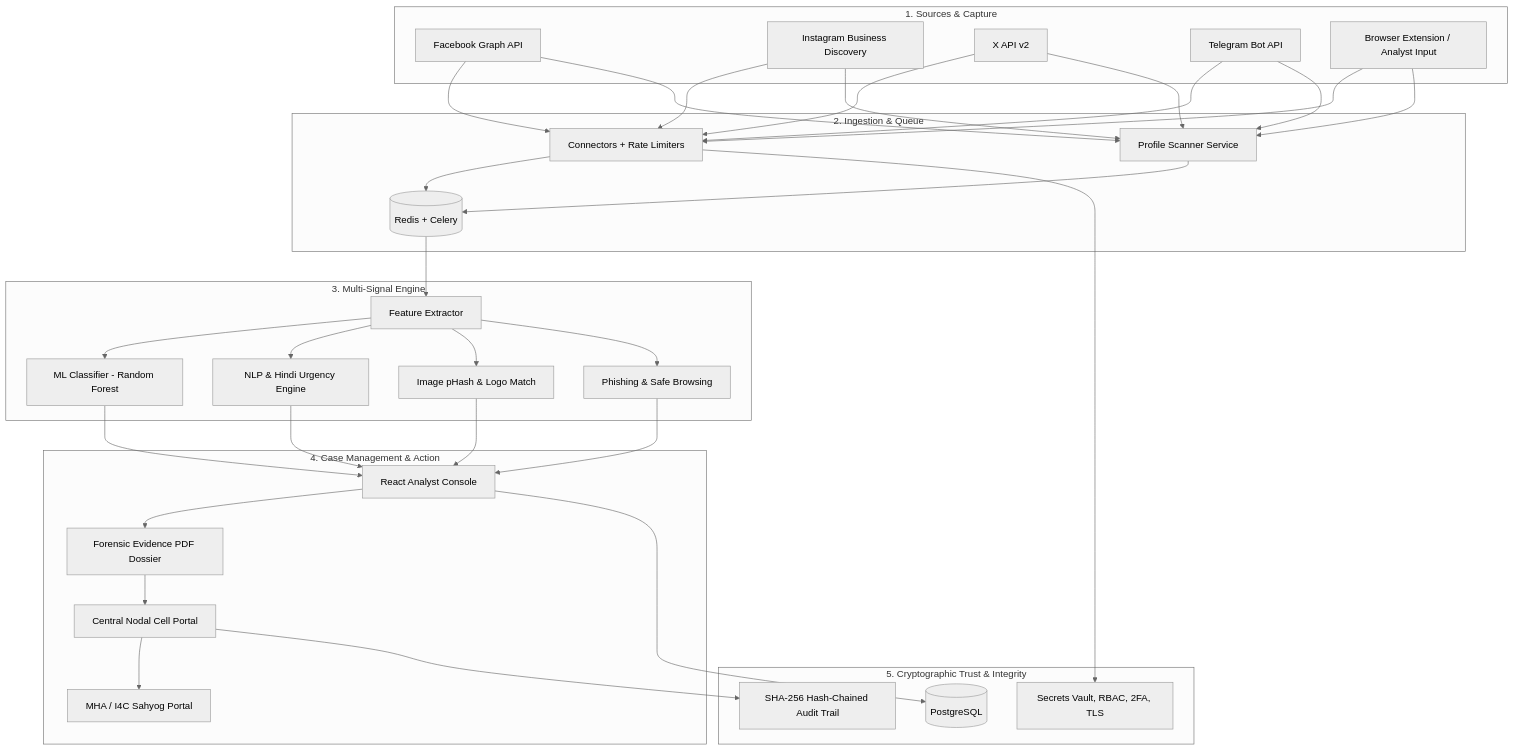
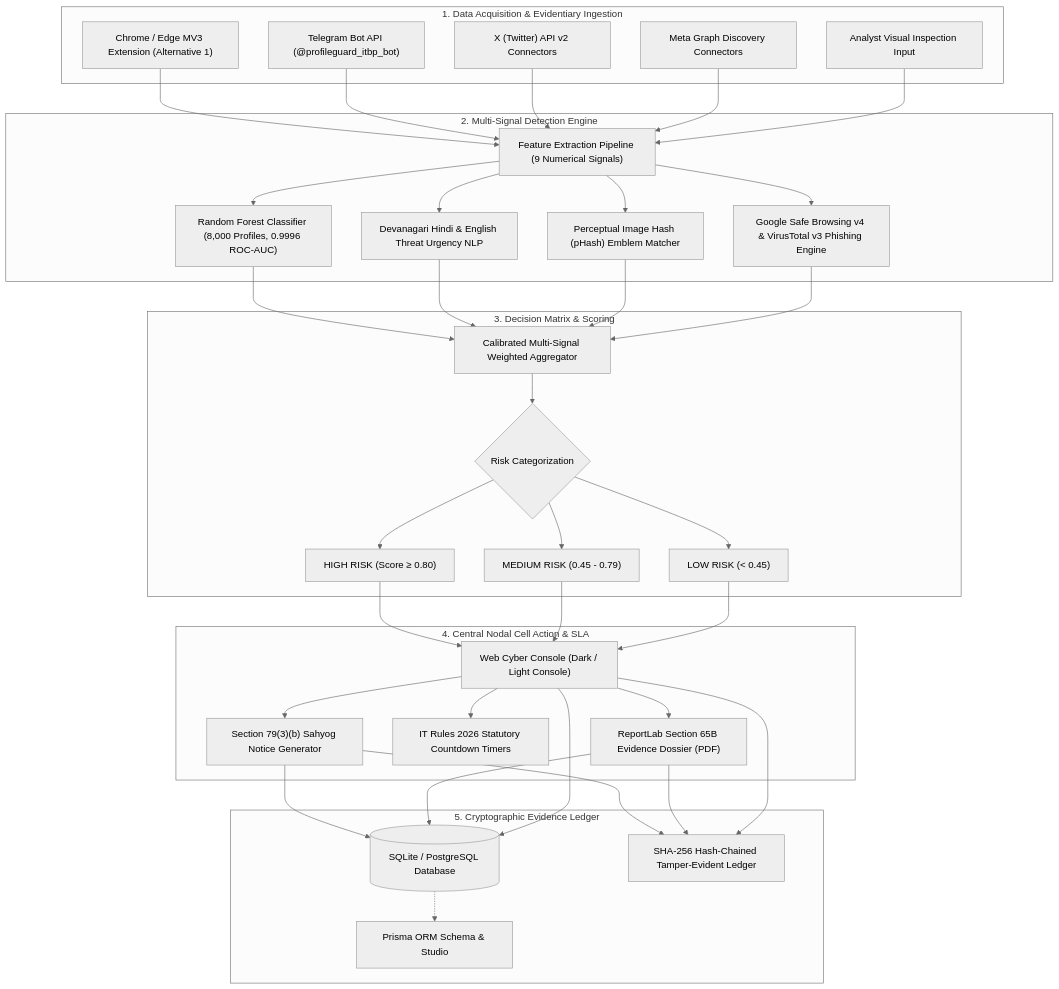
Before and after one commit to baryansagar74-create/cybershield: the diagram in README.md, drawn with Mermaid (neutral theme). The commit also changed other lines of this file and 19 other files, not shown here.

Commit message:
docs: enrich README with architecture diagrams, logos, tech stack badges, and fix web console logo asset path

````diff
--- a/README.md
+++ b/README.md
@@ -22,42 +46,46 @@
 ```mermaid
 flowchart TB
-  subgraph Sources ["1. Sources & Capture"]
-    FB[Facebook Graph API]
-    IG[Instagram Business Discovery]
-    X[X API v2]
-    TG[Telegram Bot API]
-    EXT[Browser Extension / Analyst Input]
+  subgraph Ingestion ["1. Data Acquisition & Evidentiary Ingestion"]
+    EXT["Chrome / Edge MV3 Extension (Alternative 1)"]
+    TG["Telegram Bot API (@profileguard_itbp_bot)"]
+    XAPI["X (Twitter) API v2 Connectors"]
+    META["Meta Graph Discovery Connectors"]
+    MAN["Analyst Visual Inspection Input"]
   end
 
-  subgraph Ingestion ["2. Ingestion & Queue"]
-    CON[Connectors + Rate Limiters]
-    SCAN[Profile Scanner Service]
-    Q[(Redis + Celery)]
+  subgraph MultiSignal ["2. Multi-Signal Detection Engine"]
+    FE["Feature Extraction Pipeline (9 Numerical Signals)"]
+    RF["Random Forest Classifier (8,000 Profiles, 0.9996 ROC-AUC)"]
+    NLP["Devanagari Hindi & English Threat Urgency NLP"]
+    PHASH["Perceptual Image Hash (pHash) Emblem Matcher"]
+    URLSCAN["Google Safe Browsing v4 & VirusTotal v3 Phishing Engine"]
   end
 
-  subgraph Analysis ["3. Multi-Signal Engine"]
-    FE[Feature Extractor]
-    ML[ML Classifier - Random Forest]
-    NLP[NLP & Hindi Urgency Engine]
-    IMG[Image pHash & Logo Match]
-    URL[Phishing & Safe Browsing]
+  subgraph Arbitration ["3. Decision Matrix & Scoring"]
+    WEIGHT["Calibrated Multi-Signal Weighted Aggregator"]
+    BAND{"Risk Categorization"}
+    HIGH["HIGH RISK (Score ≥ 0.80)"]
+    MED["MEDIUM RISK (0.45 - 0.79)"]
+    LOW["LOW RISK (< 0.45)"]
   end
 
-  subgraph Action ["4. Case Management & Action"]
-    DASH[React Analyst Console]
-    REP[Forensic Evidence PDF Dossier]
-    CELL[Central Nodal Cell Portal]
-    SAHYOG[MHA / I4C Sahyog Portal]
+  subgraph Action ["4. Central Nodal Cell Action & SLA"]
+    DASH["Web Cyber Console (Dark / Light Console)"]
+    NOTICE["Section 79(3)(b) Sahyog Notice Generator"]
+    SLA["IT Rules 2026 Statutory Countdown Timers"]
+    PDF["ReportLab Section 65B Evidence Dossier (PDF)"]
   end
 
-  subgraph Trust ["5. Cryptographic Trust & Integrity"]
-    DB[(PostgreSQL)]
-    AUD[SHA-256 Hash-Chained Audit Trail]
-    VAULT[Secrets Vault, RBAC, 2FA, TLS]
+  subgraph Trust ["5. Cryptographic Evidence Ledger"]
+    DB[("SQLite / PostgreSQL Database")]
+    PRISMA["Prisma ORM Schema & Studio"]
+    AUDIT["SHA-256 Hash-Chained Tamper-Evident Ledger"]
   end
 
-  FB & IG & X & TG & EXT --> CON & SCAN --> Q --> FE --> ML & NLP & IMG & URL --> DASH --> REP --> CELL --> SAHYOG
-  DASH --> DB
-  CELL --> AUD
-  CON --> VAULT
+  EXT & TG & XAPI & META & MAN --> FE
+  FE --> RF & NLP & PHASH & URLSCAN --> WEIGHT --> BAND
+  BAND --> HIGH & MED & LOW --> DASH
+  DASH --> NOTICE & SLA & PDF
+  NOTICE & PDF & DASH --> DB & AUDIT
+  DB -.-> PRISMA
 ```
````
